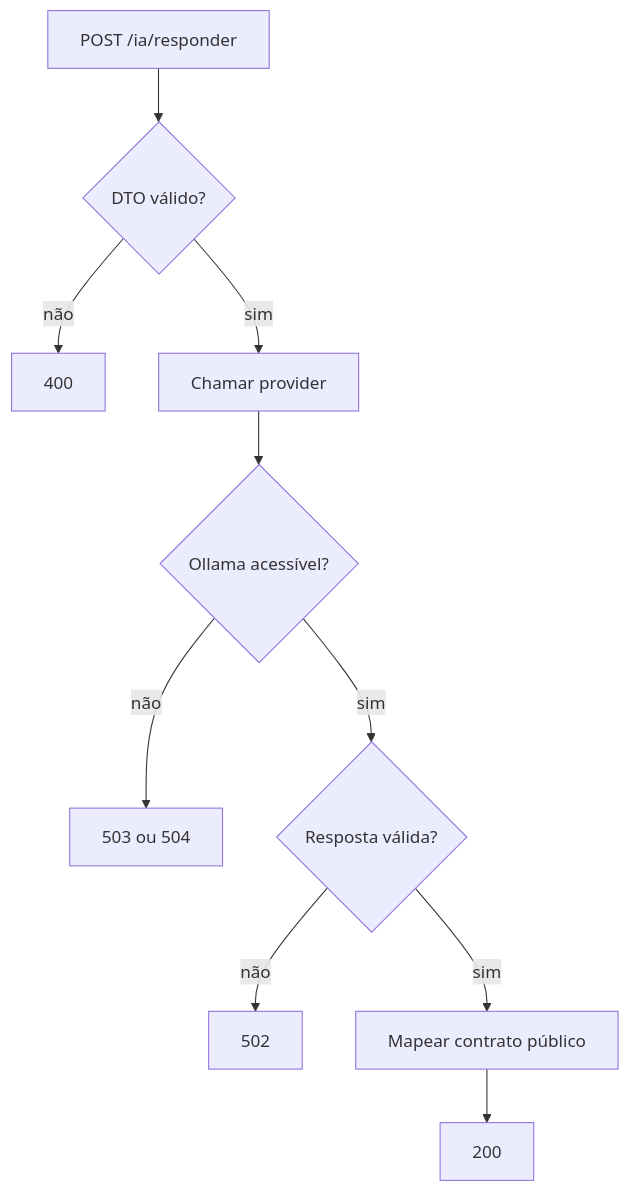
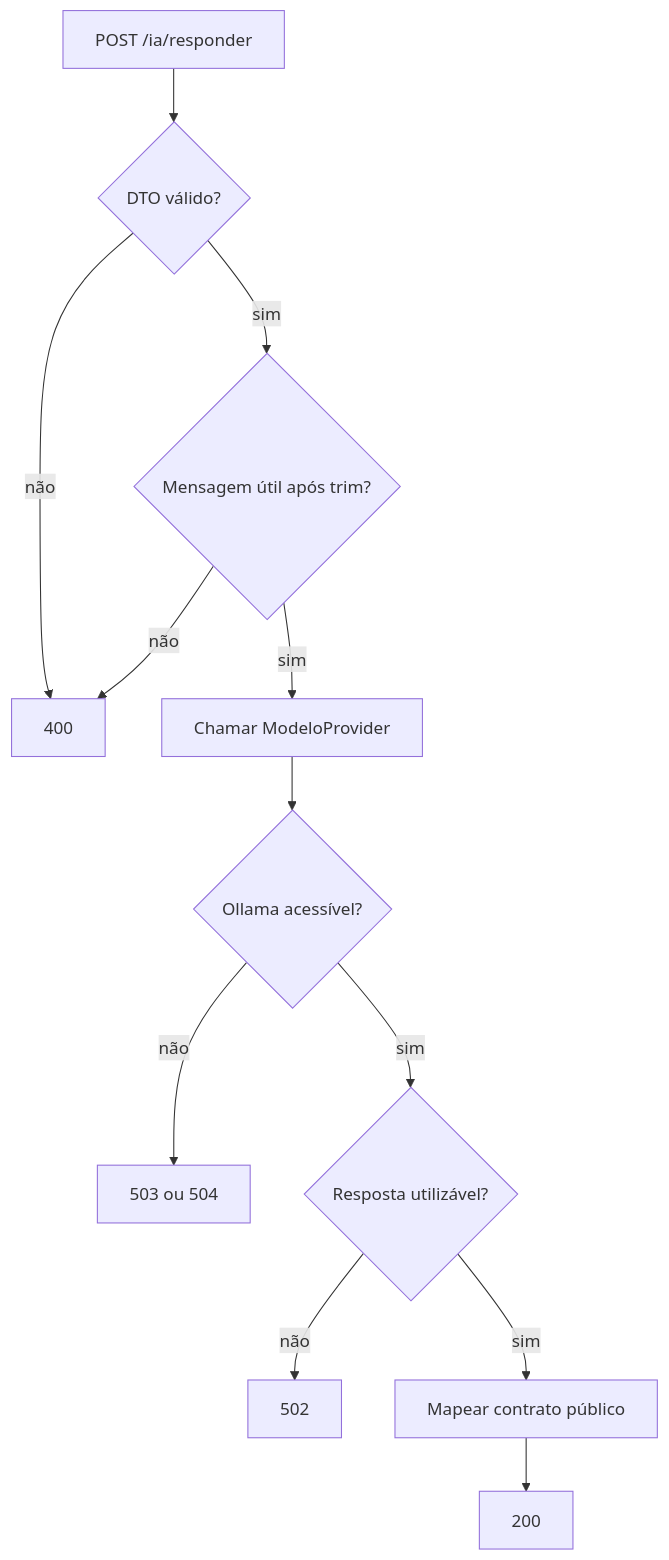
The third of 3 diagrams in docs/encontros/encontro-06.md (luciano-alexandre/topicos-avancados), drawn with Mermaid before and after one commit. The commit also changed other lines of this file, not shown here.

````diff
--- a/docs/encontros/encontro-06.md
+++ b/docs/encontros/encontro-06.md
@@ -397,12 +661,14 @@
 ```mermaid
 flowchart TD
     A[POST /ia/responder] --> B{DTO válido?}
     B -->|não| C[400]
-    B -->|sim| D[Chamar provider]
-    D --> E{Ollama acessível?}
-    E -->|não| F[503 ou 504]
-    E -->|sim| G{Resposta válida?}
-    G -->|não| H[502]
-    G -->|sim| I[Mapear contrato público]
-    I --> J[200]
+    B -->|sim| D{Mensagem útil após trim?}
+    D -->|não| C
+    D -->|sim| E[Chamar ModeloProvider]
+    E --> F{Ollama acessível?}
+    F -->|não| G[503 ou 504]
+    F -->|sim| H{Resposta utilizável?}
+    H -->|não| I[502]
+    H -->|sim| J[Mapear contrato público]
+    J --> K[200]
 ```
````
